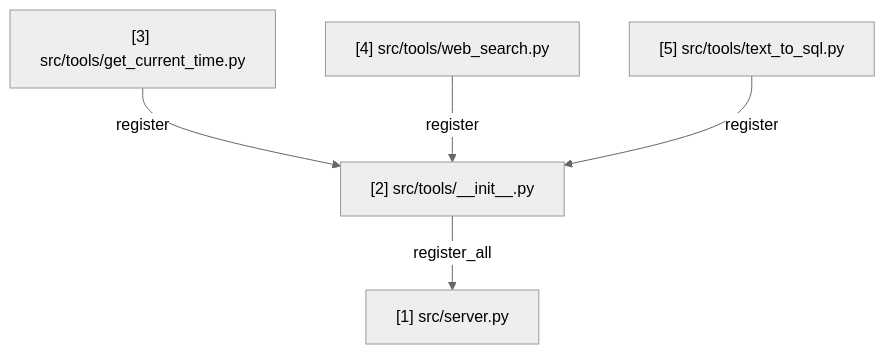
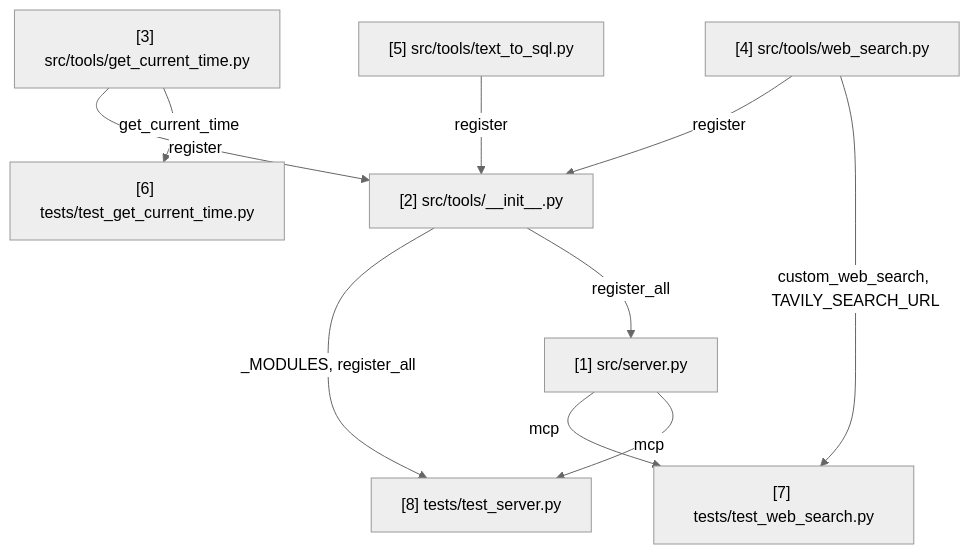
The diagram in NOTES.md (viplav-artha/mcp-tools), drawn with Mermaid (neutral theme) before and after one commit. The commit also changed other lines of this file and 7 other files, not shown here.

````diff
--- a/NOTES.md
+++ b/NOTES.md
@@ -78,12 +93,20 @@
 ```mermaid
 graph TD
     n1["[1] src/server.py"]
     n2["[2] src/tools/__init__.py"]
     n3["[3] src/tools/get_current_time.py"]
     n4["[4] src/tools/web_search.py"]
     n5["[5] src/tools/text_to_sql.py"]
+    n6["[6] tests/test_get_current_time.py"]
+    n7["[7] tests/test_web_search.py"]
+    n8["[8] tests/test_server.py"]
     n3 -->|register| n2
     n4 -->|register| n2
     n5 -->|register| n2
+    n3 -->|get_current_time| n6
+    n4 -->|custom_web_search, TAVILY_SEARCH_URL| n7
+    n1 -->|mcp| n7
+    n1 -->|mcp| n8
+    n2 -->|_MODULES, register_all| n8
     n2 -->|register_all| n1
 ```
````
